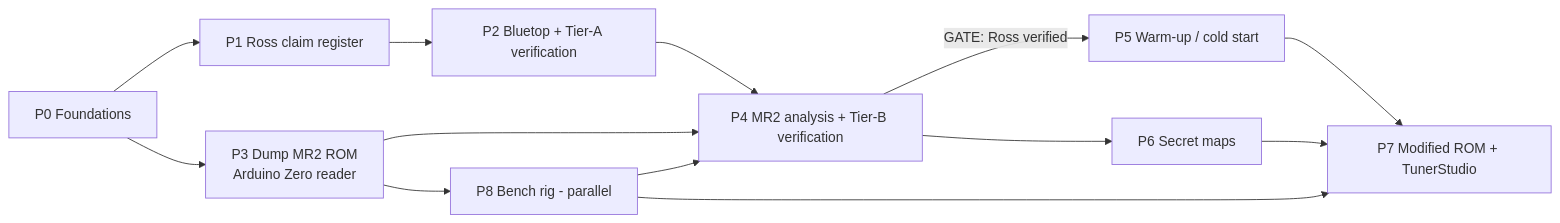
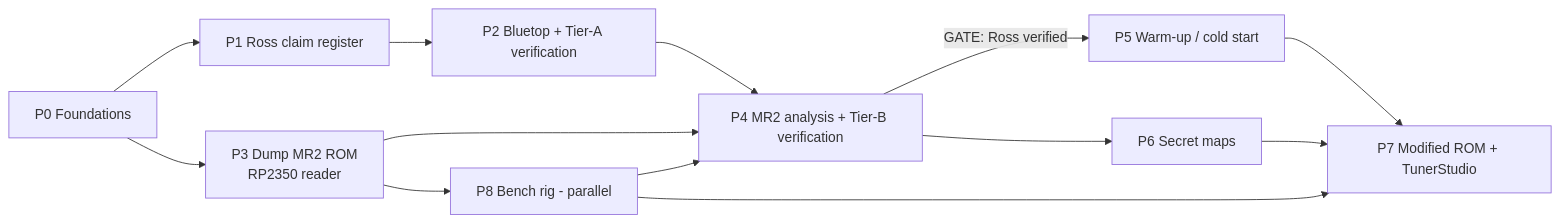
Before and after one commit to kurt-culley/Toyota-PCM-hacking: the first of 4 diagrams in docs/RE_PLAN.md, drawn with Mermaid. The commit also changed other lines of this file and 8 other files, not shown here.

````diff
--- a/docs/RE_PLAN.md
+++ b/docs/RE_PLAN.md
@@ -115,15 +117,15 @@
 ```mermaid
 flowchart LR
   P0[P0 Foundations] --> P1[P1 Ross claim register]
   P1 --> P2[P2 Bluetop + Tier-A verification]
-  P0 --> P3[P3 Dump MR2 ROM<br/>Arduino Zero reader]
+  P0 --> P3[P3 Dump MR2 ROM<br/>RP2350 reader]
   P2 --> P4[P4 MR2 analysis + Tier-B verification]
   P3 --> P4
   P4 -->|GATE: Ross verified| P5[P5 Warm-up / cold start]
   P4 --> P6[P6 Secret maps]
   P5 --> P7[P7 Modified ROM + TunerStudio]
   P6 --> P7
   P3 --> P8[P8 Bench rig - parallel]
   P8 --> P4
   P8 --> P7
 ```
````
